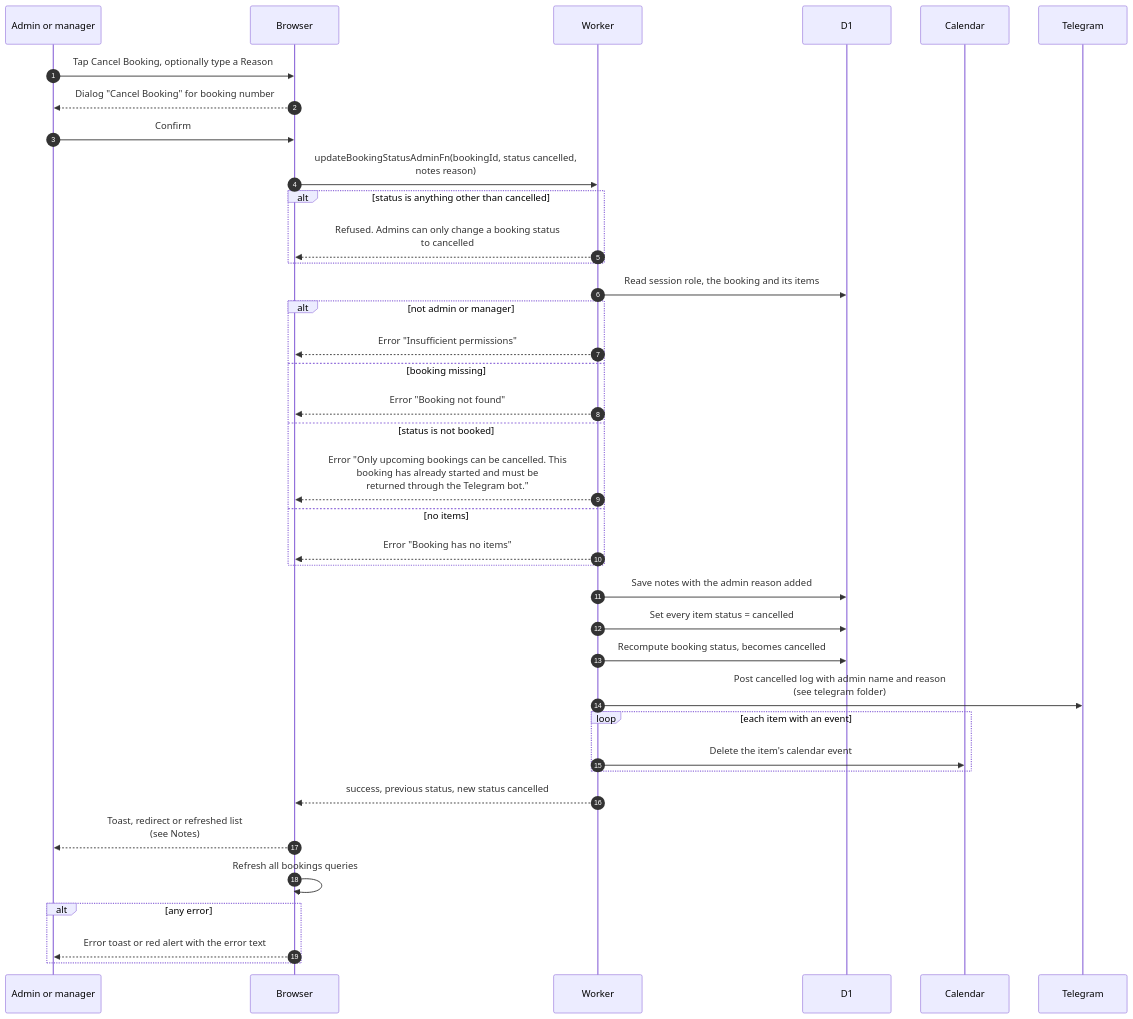
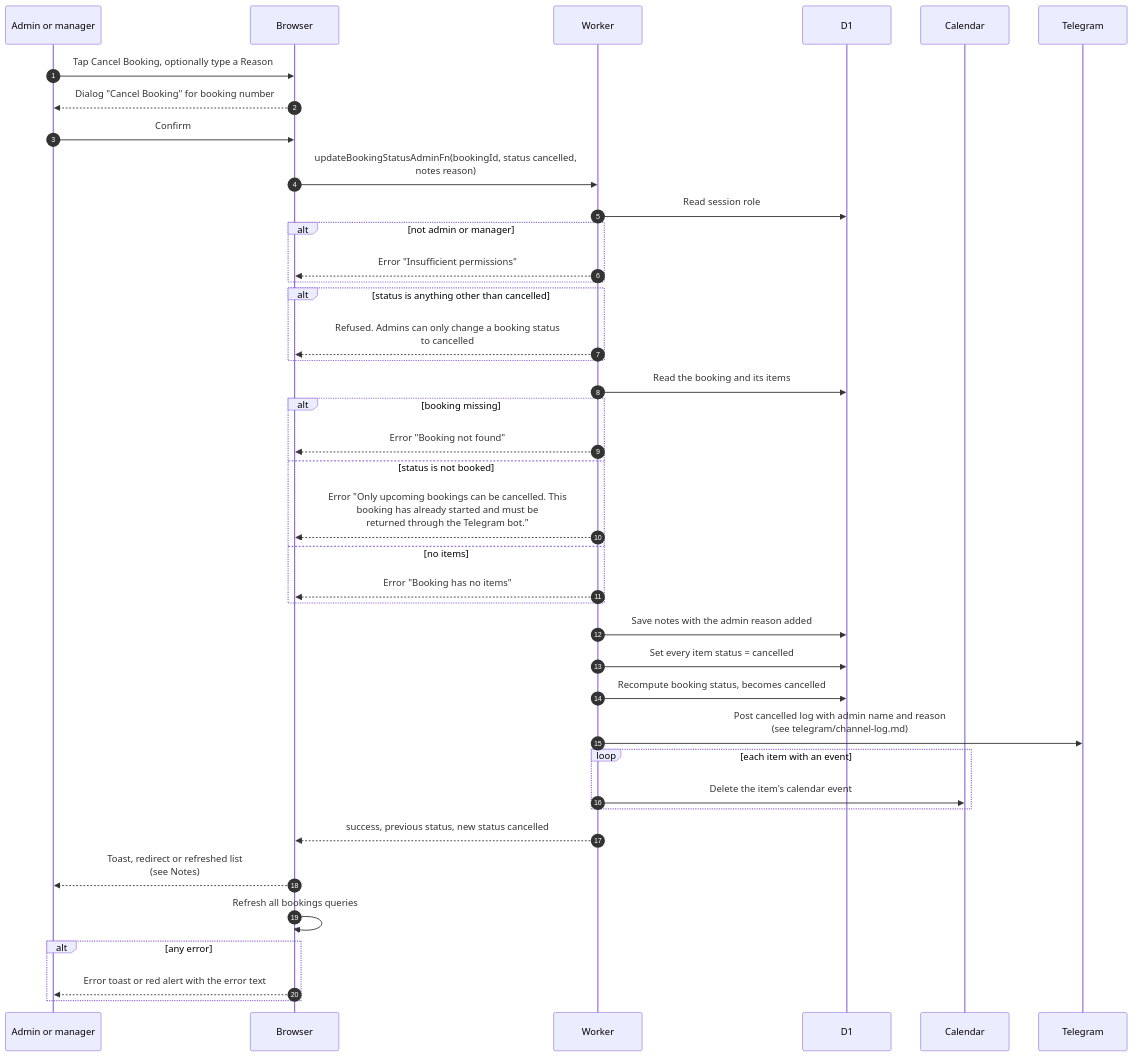
The diagram in docs/scenarios/bookings/admin-cancel-booking.md (sagyzdop/meriksirat), drawn with Mermaid before and after one commit. The commit also changed other lines of this file and 17 other files, not shown here.

Commit message:
docs(scenarios): verify bookings diagrams against the code

````diff
--- a/docs/scenarios/bookings/admin-cancel-booking.md
+++ b/docs/scenarios/bookings/admin-cancel-booking.md
@@ -34,40 +35,42 @@
 ```mermaid
 sequenceDiagram
     autonumber
     participant A as Admin or manager
     participant B as Browser
     participant W as Worker
     participant D as D1
     participant C as Calendar
     participant T as Telegram
     A->>B: Tap Cancel Booking, optionally type a Reason
     B-->>A: Dialog "Cancel Booking" for booking number
     A->>B: Confirm
     B->>W: updateBookingStatusAdminFn(bookingId, status cancelled,<br/>notes reason)
+    W->>D: Read session role
+    alt not admin or manager
+        W-->>B: Error "Insufficient permissions"
+    end
     alt status is anything other than cancelled
         W-->>B: Refused. Admins can only change a booking status<br/>to cancelled
     end
-    W->>D: Read session role, the booking and its items
-    alt not admin or manager
-        W-->>B: Error "Insufficient permissions"
-    else booking missing
+    W->>D: Read the booking and its items
+    alt booking missing
         W-->>B: Error "Booking not found"
     else status is not booked
         W-->>B: Error "Only upcoming bookings can be cancelled. This<br/>booking has already started and must be<br/>returned through the Telegram bot."
     else no items
         W-->>B: Error "Booking has no items"
     end
     W->>D: Save notes with the admin reason added
     W->>D: Set every item status = cancelled
     W->>D: Recompute booking status, becomes cancelled
-    W->>T: Post cancelled log with admin name and reason<br/>(see telegram folder)
+    W->>T: Post cancelled log with admin name and reason<br/>(see telegram/channel-log.md)
     loop each item with an event
         W->>C: Delete the item's calendar event
     end
     W-->>B: success, previous status, new status cancelled
     B-->>A: Toast, redirect or refreshed list<br/>(see Notes)
     B->>B: Refresh all bookings queries
     alt any error
         B-->>A: Error toast or red alert with the error text
     end
 ```
````
